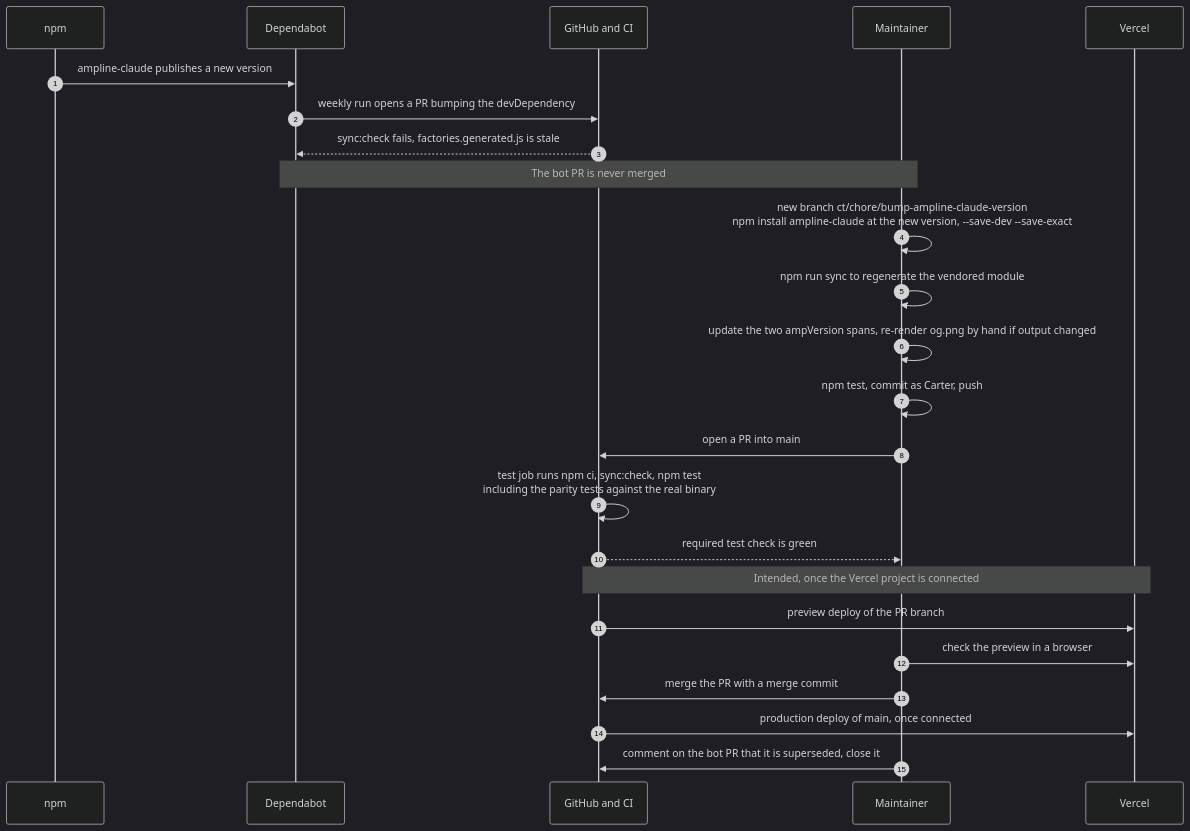
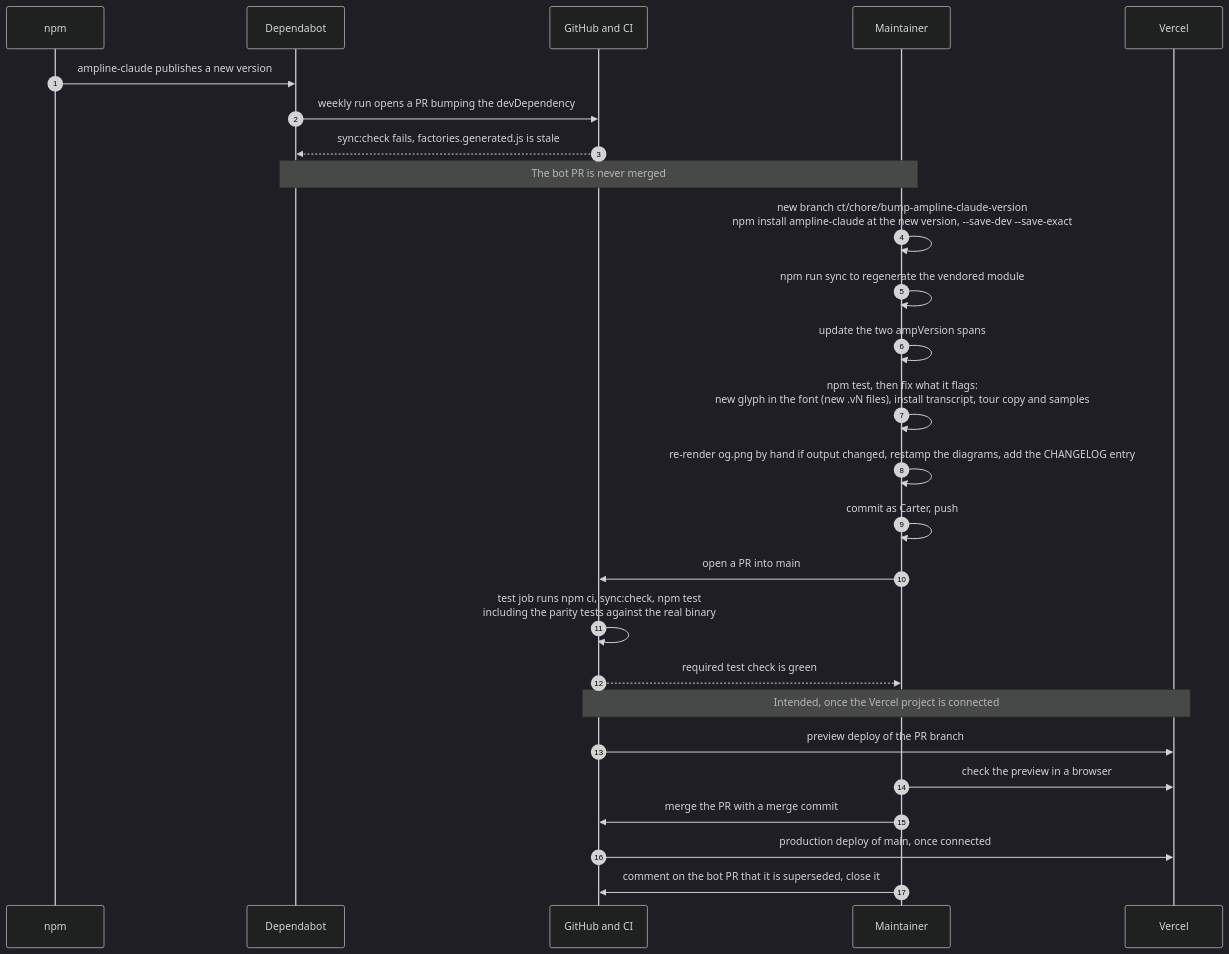
The diagram in diagrams/release-sync.md (carterptull/ampline-website), drawn with Mermaid (dark theme) before and after one commit. The commit also changed other lines of this file and 3 other files, not shown here.

````diff
--- a/diagrams/release-sync.md
+++ b/diagrams/release-sync.md
@@ -12,27 +12,29 @@
 ```mermaid
 sequenceDiagram
     autonumber
     participant NPM as npm
     participant DEP as Dependabot
     participant GH as GitHub and CI
     participant ME as Maintainer
     participant VER as Vercel
 
     NPM->>DEP: ampline-claude publishes a new version
     DEP->>GH: weekly run opens a PR bumping the devDependency
     GH-->>DEP: sync:check fails, factories.generated.js is stale
     Note over DEP,ME: The bot PR is never merged
     ME->>ME: new branch ct/chore/bump-ampline-claude-version<br/>npm install ampline-claude at the new version, --save-dev --save-exact
     ME->>ME: npm run sync to regenerate the vendored module
-    ME->>ME: update the two ampVersion spans, re-render og.png by hand if output changed
-    ME->>ME: npm test, commit as Carter, push
+    ME->>ME: update the two ampVersion spans
+    ME->>ME: npm test, then fix what it flags:<br/>new glyph in the font (new .vN files), install transcript, tour copy and samples
+    ME->>ME: re-render og.png by hand if output changed, restamp the diagrams, add the CHANGELOG entry
+    ME->>ME: commit as Carter, push
     ME->>GH: open a PR into main
     GH->>GH: test job runs npm ci, sync:check, npm test<br/>including the parity tests against the real binary
     GH-->>ME: required test check is green
     Note over GH,VER: Intended, once the Vercel project is connected
     GH->>VER: preview deploy of the PR branch
     ME->>VER: check the preview in a browser
     ME->>GH: merge the PR with a merge commit
     GH->>VER: production deploy of main, once connected
     ME->>GH: comment on the bot PR that it is superseded, close it
 ```
````
